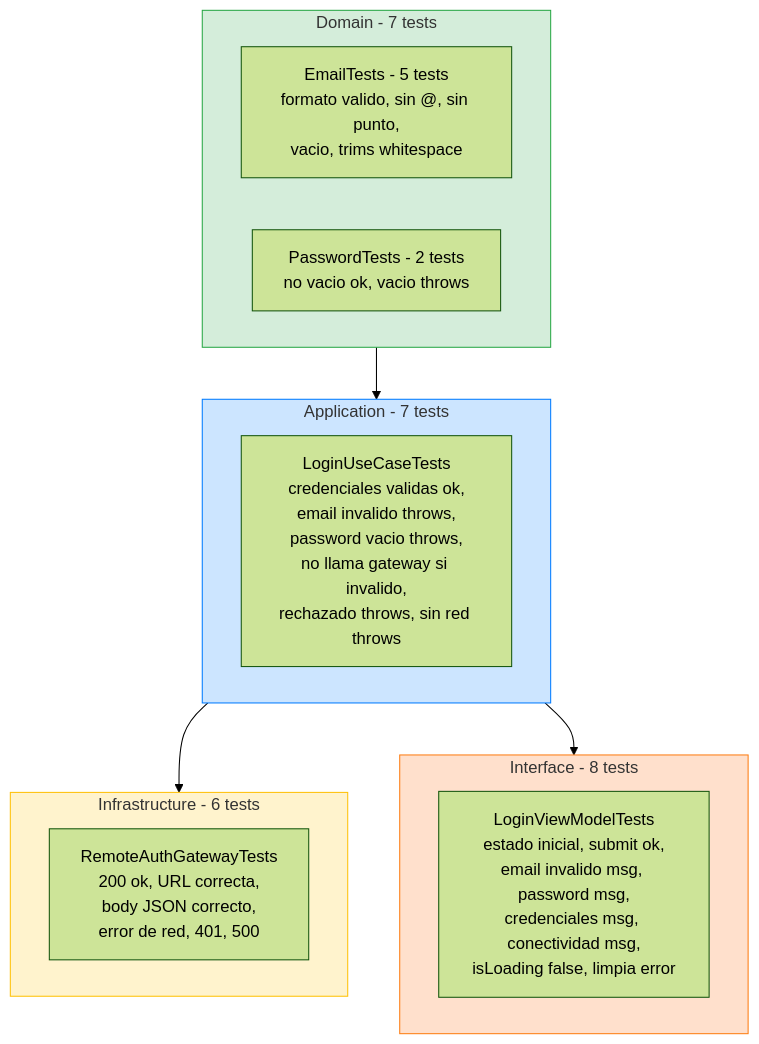
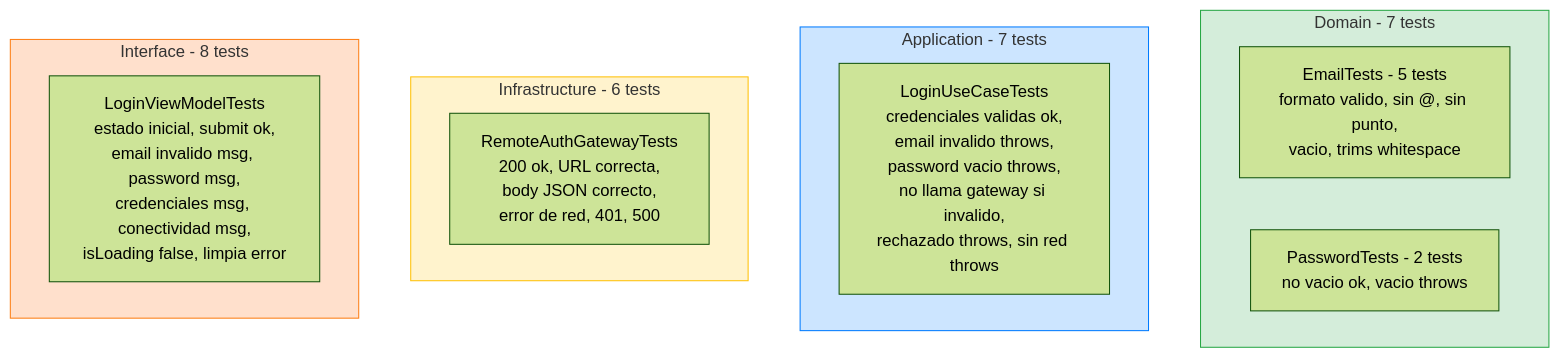
Before and after one commit to SwiftEnProfundidad/stack-my-architecture-ios: the first of 2 diagrams in 01-fundamentos/05-feature-login/05-tdd-ciclo-completo.md, drawn with Mermaid (forest theme). The commit also changed other lines of this file and 84 other files, not shown here.

````diff
--- a/01-fundamentos/05-feature-login/05-tdd-ciclo-completo.md
+++ b/01-fundamentos/05-feature-login/05-tdd-ciclo-completo.md
@@ -17,27 +17,24 @@
 ```mermaid
 graph TD
     subgraph Domain["Domain - 7 tests"]
         D1["EmailTests - 5 tests<br/>formato valido, sin @, sin punto,<br/>vacio, trims whitespace"]
         D2["PasswordTests - 2 tests<br/>no vacio ok, vacio throws"]
     end
 
     subgraph Application["Application - 7 tests"]
         A1["LoginUseCaseTests<br/>credenciales validas ok,<br/>email invalido throws,<br/>password vacio throws,<br/>no llama gateway si invalido,<br/>rechazado throws, sin red throws"]
     end
 
     subgraph Infrastructure["Infrastructure - 6 tests"]
         I1["RemoteAuthGatewayTests<br/>200 ok, URL correcta,<br/>body JSON correcto,<br/>error de red, 401, 500"]
     end
 
     subgraph Interface["Interface - 8 tests"]
         UI1["LoginViewModelTests<br/>estado inicial, submit ok,<br/>email invalido msg, password msg,<br/>credenciales msg, conectividad msg,<br/>isLoading false, limpia error"]
     end
 
-    Domain --> Application --> Infrastructure
-    Application --> Interface
-
     style Domain fill:#d4edda,stroke:#28a745
     style Application fill:#cce5ff,stroke:#007bff
     style Infrastructure fill:#fff3cd,stroke:#ffc107
     style Interface fill:#ffe0cc,stroke:#fd7e14
 ```
````
